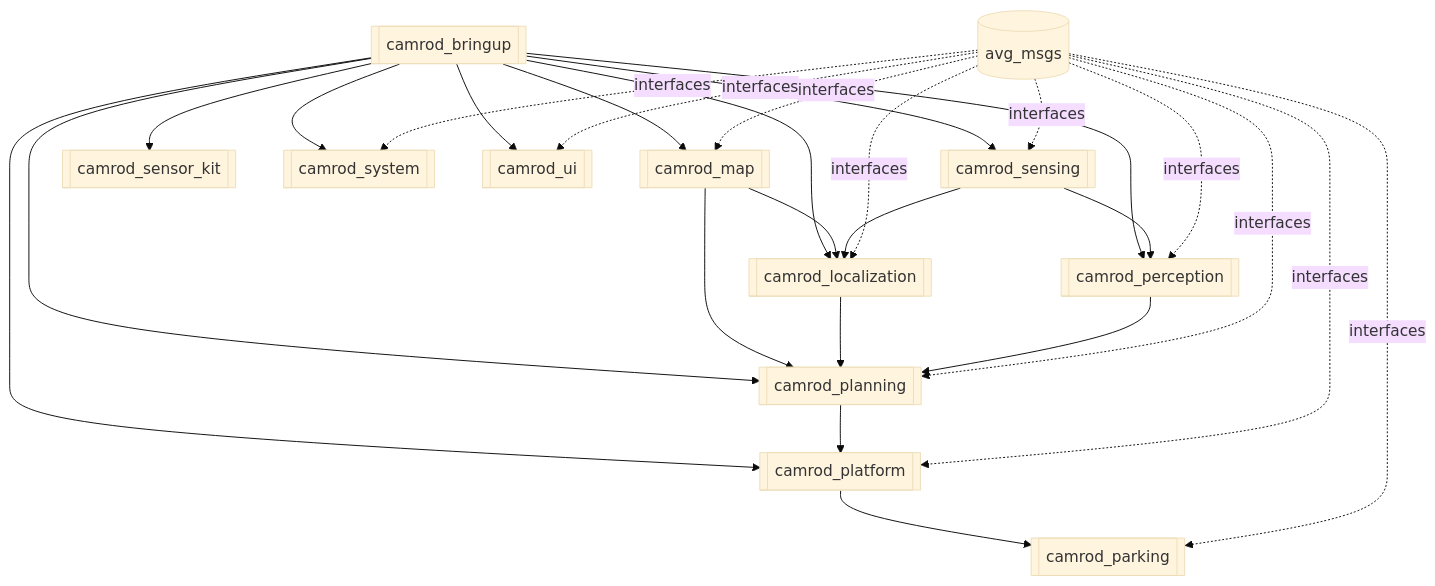
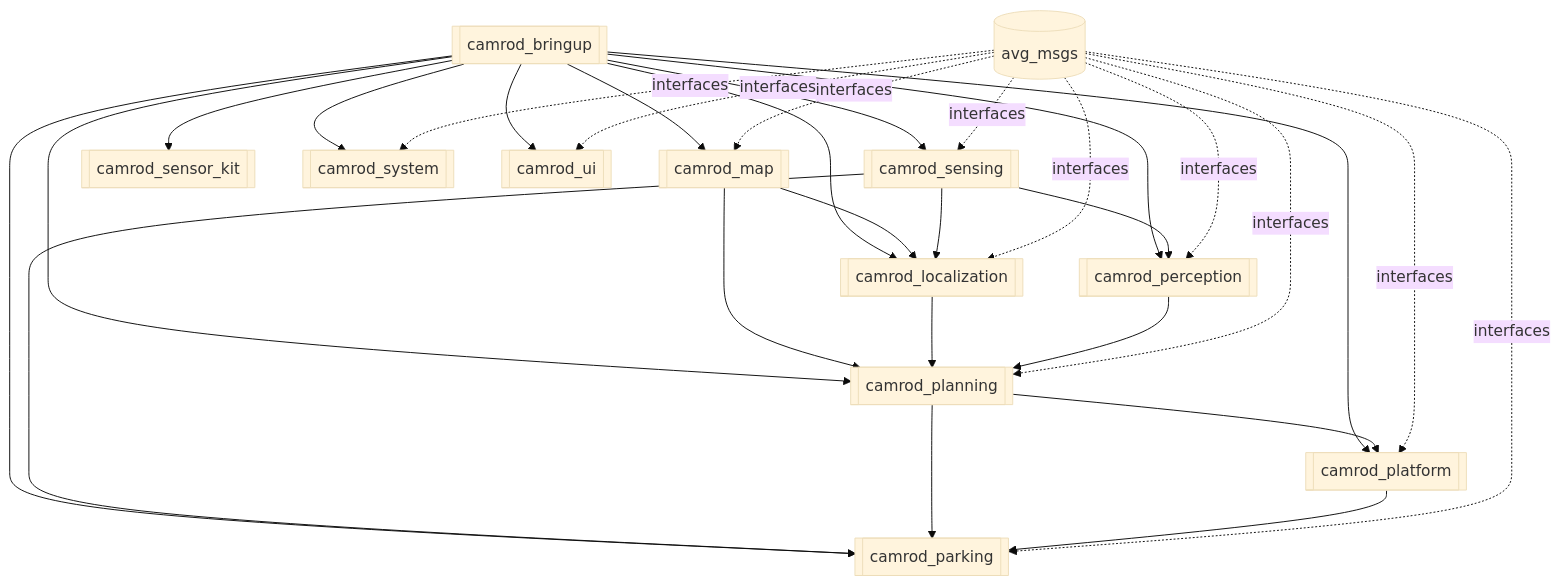
One commit to hwanhonglee/CAMROD changed the first of 2 diagrams in README.md. Above: the diagram before and after it, drawn with Mermaid (base theme). The commit also changed other lines of this file and 15 other files, not shown here.

First line of the commit message:
docs: full README refactor — 12-section standard, diagrams, interface contracts (v1.10)

````diff
--- a/README.md
+++ b/README.md
@@ -59,26 +99,26 @@
 ```mermaid
 graph TD
   BR[[camrod_bringup]]
   MAP[[camrod_map]]
   SEN[[camrod_sensing]]
   LOC[[camrod_localization]]
   PER[[camrod_perception]]
   PLN[[camrod_planning]]
   PLT[[camrod_platform]]
   KIT[[camrod_sensor_kit]]
   SYS[[camrod_system]]
   UI[[camrod_ui]]
-  PKG[[camrod_parking]]
+  PARK[[camrod_parking]]
   AVG[(avg_msgs)]
 
-  BR --> MAP & SEN & LOC & PER & PLN & PLT & KIT & SYS & UI
+  BR --> MAP & SEN & LOC & PER & PLN & PLT & KIT & SYS & UI & PARK
 
   MAP --> LOC & PLN
-  SEN --> LOC & PER
+  SEN --> LOC & PER & PARK
   LOC --> PLN
   PER --> PLN
-  PLN --> PLT
-  PLT --> PKG
+  PLN --> PLT & PARK
+  PLT --> PARK
 
-  AVG -. interfaces .-> MAP & SEN & LOC & PER & PLN & PLT & SYS & UI & PKG
+  AVG -. interfaces .-> MAP & SEN & LOC & PER & PLN & PLT & SYS & UI & PARK
 ```
````
